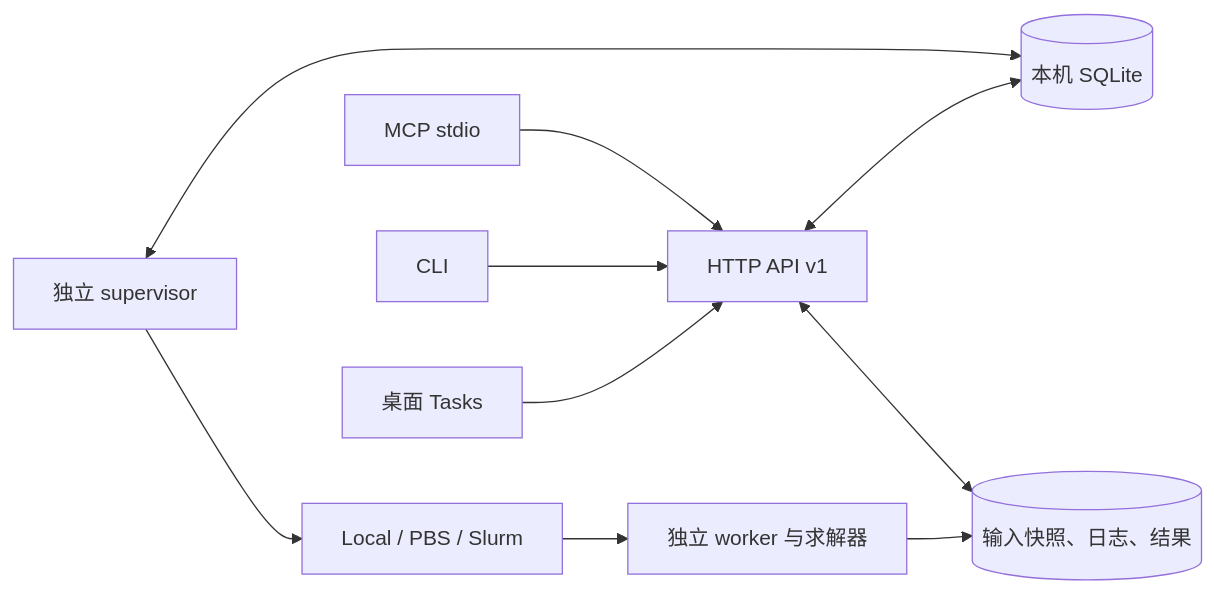
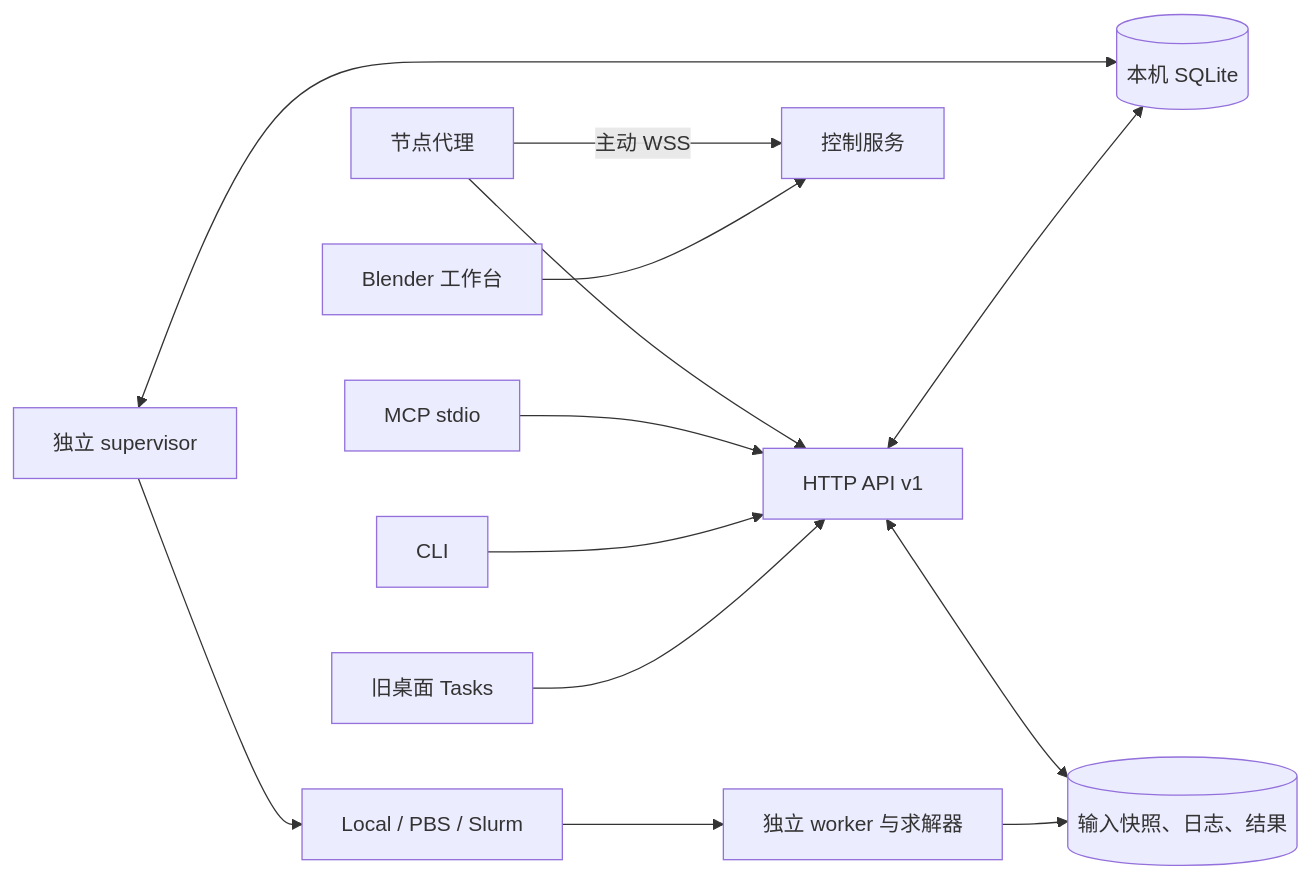
One commit to sijintech/stk changed the diagram in docs/runtime.md. Above: the diagram before and after it, drawn with Mermaid. The commit also changed other lines of this file and 14 other files, not shown here.

````diff
--- a/docs/runtime.md
+++ b/docs/runtime.md
@@ -7,12 +9,15 @@
 ```mermaid
 flowchart LR
-  Desktop[桌面 Tasks] --> API[HTTP API v1]
+  Desktop[旧桌面 Tasks] --> API[HTTP API v1]
   CLI[CLI] --> API
   MCP[MCP stdio] --> API
+  Workbench[Blender 工作台] --> Control[控制服务]
+  Node[节点代理] -->|主动 WSS| Control
+  Node --> API
   API <--> DB[(本机 SQLite)]
   Supervisor[独立 supervisor] <--> DB
   Supervisor --> Backend[Local / PBS / Slurm]
   Backend --> Worker[独立 worker 与求解器]
   Worker --> Files[(输入快照、日志、结果)]
   API <--> Files
 ```
````
